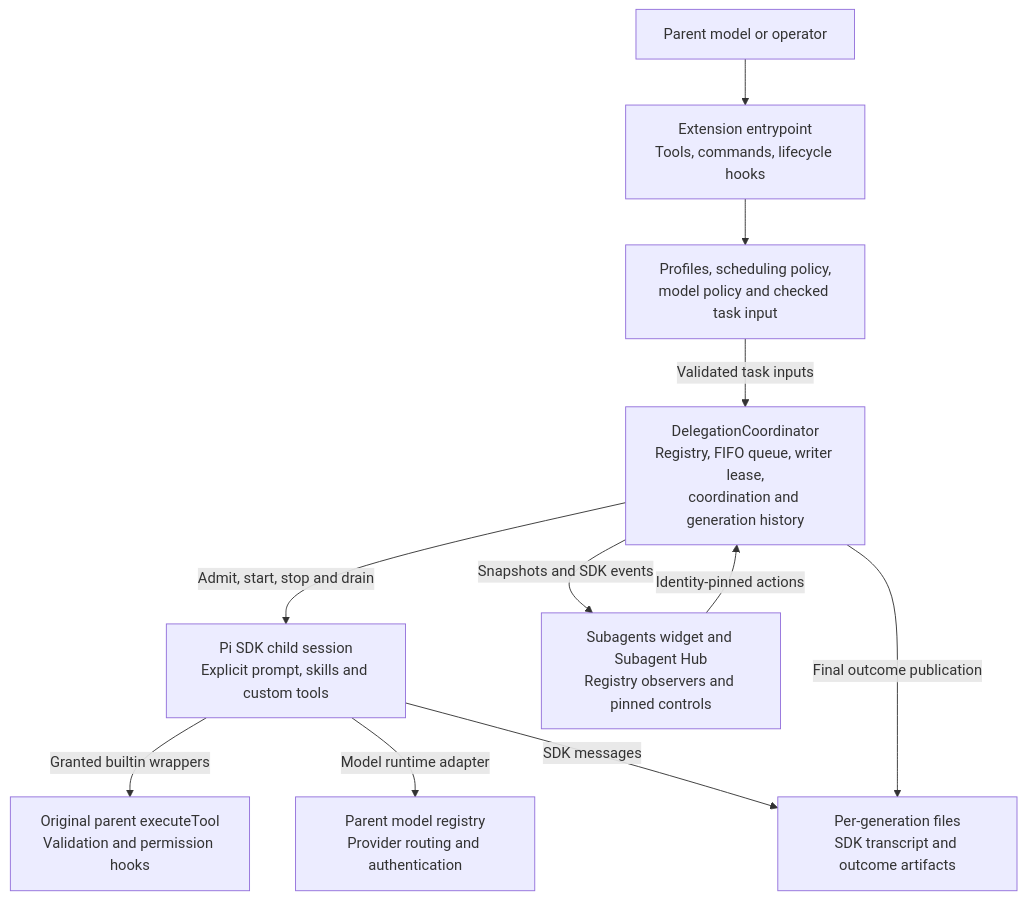
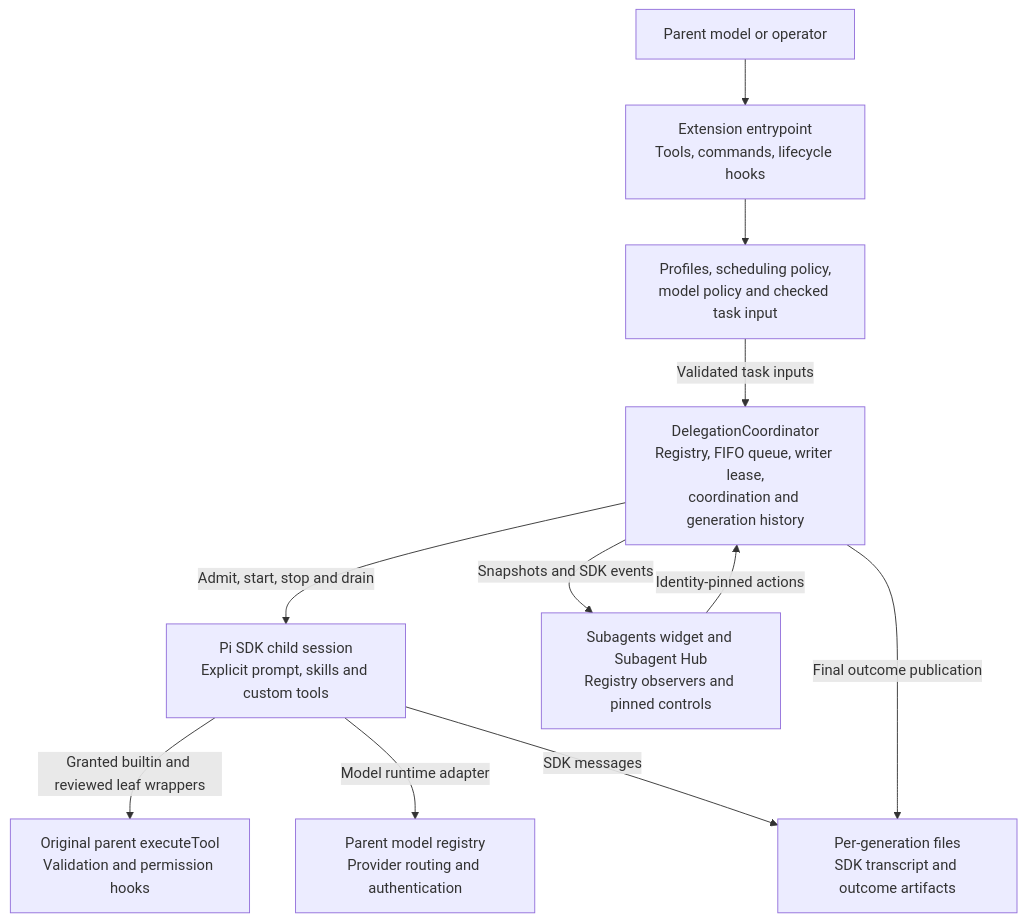
Before and after one commit to howarewoo/pi-extended-subagents: the first of 2 diagrams in ARCHITECTURE.md, drawn with Mermaid. The commit also changed other lines of this file and 19 other files, not shown here.

````diff
--- a/ARCHITECTURE.md
+++ b/ARCHITECTURE.md
@@ -13,23 +13,23 @@
 ```mermaid
 flowchart TD
     Caller[Parent model or operator]
     Entry[Extension entrypoint\nTools, commands, lifecycle hooks]
     Policy[Profiles, scheduling policy,\nmodel policy and checked task input]
     Registry[DelegationCoordinator\nRegistry, FIFO queue, writer lease,\ncoordination and generation history]
     Child[Pi SDK child session\nExplicit prompt, skills and custom tools]
     Dispatch[Original parent executeTool\nValidation and permission hooks]
     Models[Parent model registry\nProvider routing and authentication]
     Files[Per-generation files\nSDK transcript and outcome artifacts]
     UI[Subagents widget and Subagent Hub\nRegistry observers and pinned controls]
 
     Caller --> Entry
     Entry --> Policy
     Policy -->|Validated task inputs| Registry
     Registry -->|Admit, start, stop and drain| Child
-    Child -->|Granted builtin wrappers| Dispatch
+    Child -->|Granted builtin and reviewed leaf wrappers| Dispatch
     Child -->|Model runtime adapter| Models
     Child -->|SDK messages| Files
     Registry -->|Final outcome publication| Files
     Registry -->|Snapshots and SDK events| UI
     UI -->|Identity-pinned actions| Registry
 ```
````
